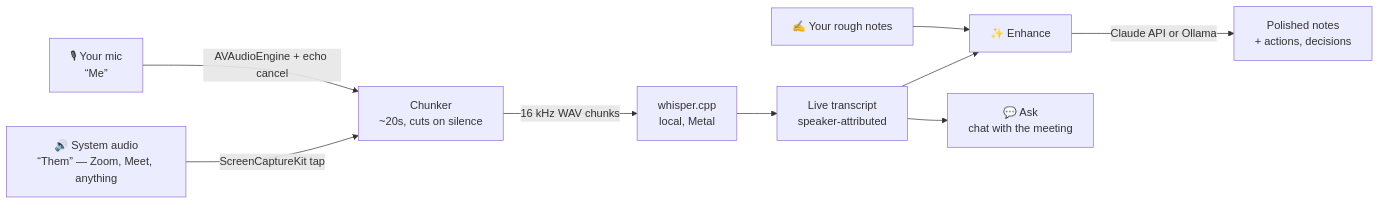
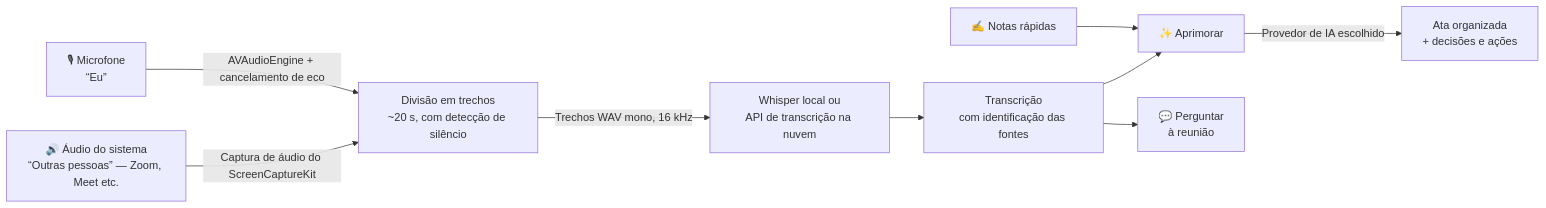
The diagram in README.md (NatanMendes0/muesli-macos), drawn with Mermaid before and after one commit. The commit also changed other lines of this file and 2 other files, not shown here.

````diff
--- a/README.md
+++ b/README.md
@@ -14,11 +14,11 @@
 ```mermaid
 flowchart LR
-    A[🎙 Your mic\n“Me”] -->|AVAudioEngine + echo cancel| C[Chunker\n~20s, cuts on silence]
-    B[🔊 System audio\n“Them” — Zoom, Meet, anything] -->|ScreenCaptureKit tap| C
-    C -->|16 kHz WAV chunks| D[whisper.cpp\nlocal, Metal]
-    D --> E[Live transcript\nspeaker-attributed]
-    F[✍️ Your rough notes] --> G[✨ Enhance]
+    A[🎙 Microfone\n“Eu”] -->|AVAudioEngine + cancelamento de eco| C[Divisão em trechos\n~20 s, com detecção de silêncio]
+    B[🔊 Áudio do sistema\n“Outras pessoas” — Zoom, Meet etc.] -->|Captura de áudio do ScreenCaptureKit| C
+    C -->|Trechos WAV mono, 16 kHz| D[Whisper local ou\nAPI de transcrição na nuvem]
+    D --> E[Transcrição\ncom identificação das fontes]
+    F[✍️ Notas rápidas] --> G[✨ Aprimorar]
     E --> G
-    G -->|Claude API or Ollama| H[Polished notes\n+ actions, decisions]
-    E --> I[💬 Ask\nchat with the meeting]
+    G -->|Provedor de IA escolhido| H[Ata organizada\n+ decisões e ações]
+    E --> I[💬 Perguntar\nà reunião]
 ```
````
